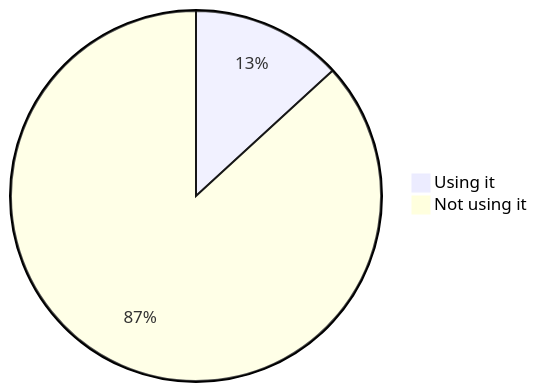
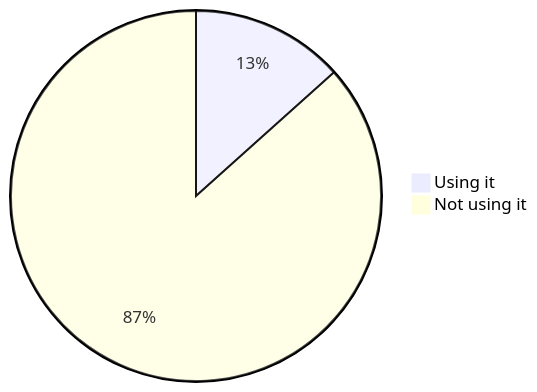
One commit to oshp/oshp-stats changed the fourth of 22 diagrams in stats.md. Above: the diagram before and after it, drawn with Mermaid. The commit also changed other lines of this file, not shown here.

````diff
--- a/stats.md
+++ b/stats.md
@@ -46,6 +46,6 @@
 ```mermaid
 pie
-	"Using it" : 13.18
-	"Not using it" : 86.82
+	"Using it" : 13.37
+	"Not using it" : 86.63
 
 ```
````
